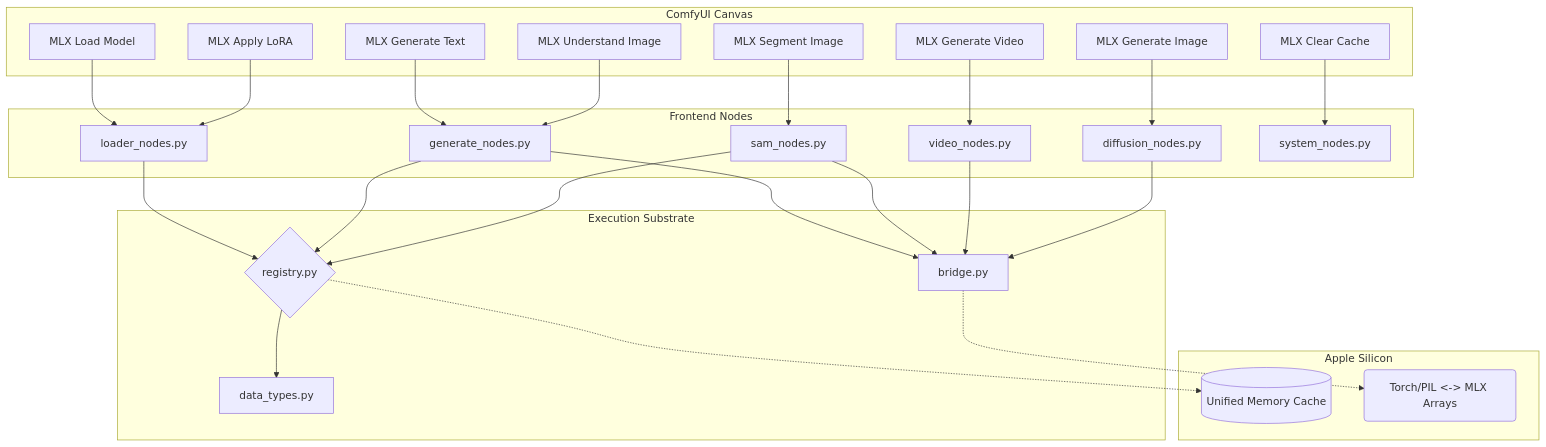
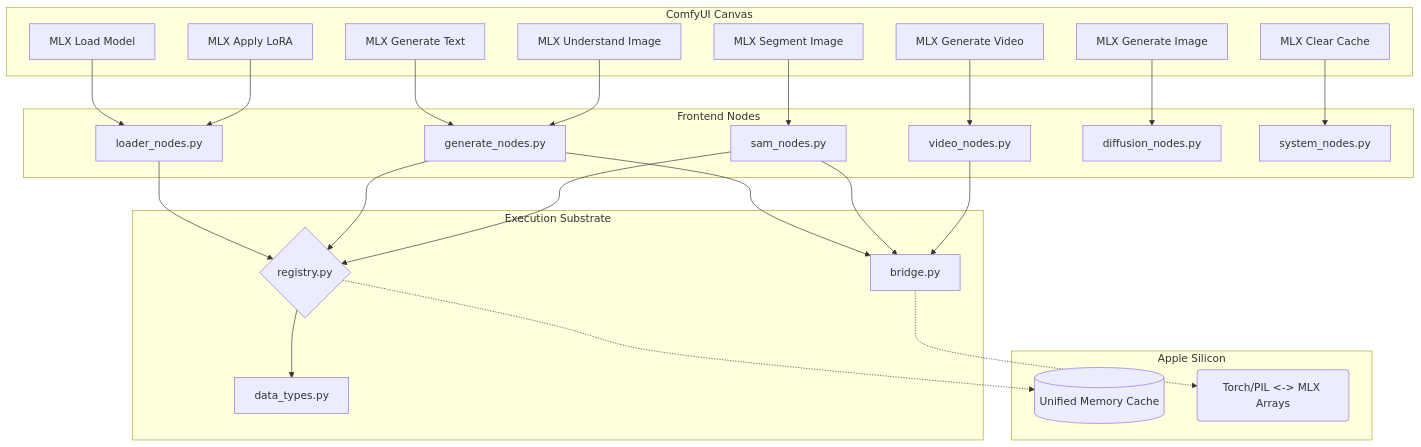
Before and after one commit to PrinceJonaa/ComfyUI-MLX-Universal: the diagram in README.md, drawn with Mermaid. The commit also changed other lines of this file, not shown here.

````diff
--- a/README.md
+++ b/README.md
@@ -71,42 +71,41 @@
 ```mermaid
 graph TD
     subgraph ComfyUI Canvas
         UI_Load[MLX Load Model]
         UI_LoRA[MLX Apply LoRA]
         UI_GenText[MLX Generate Text]
         UI_VLM[MLX Understand Image]
         UI_SAM[MLX Segment Image]
         UI_Vid[MLX Generate Video]
         UI_Diff[MLX Generate Image]
         UI_Sys[MLX Clear Cache]
     end
 
     subgraph nodes/ [Frontend Nodes]
         UI_Load --> LN[loader_nodes.py]
         UI_LoRA --> LN
         UI_GenText --> GN[generate_nodes.py]
         UI_VLM --> GN
         UI_SAM --> SN[sam_nodes.py]
         UI_Vid --> VN[video_nodes.py]
         UI_Diff --> DN[diffusion_nodes.py]
         UI_Sys --> SysN[system_nodes.py]
     end
 
     subgraph runtime/ [Execution Substrate]
         LN --> Reg{registry.py}
         GN --> Reg
         SN --> Reg
         
         GN --> Bridge[bridge.py]
         SN --> Bridge
         VN --> Bridge
-        DN --> Bridge
         
         Reg --> Data[data_types.py]
     end
     
     subgraph Apple Silicon
         Reg -.-> Unified_Memory[(Unified Memory Cache)]
         Bridge -.-> Tensors(Torch/PIL <-> MLX Arrays)
     end
 ```
````
